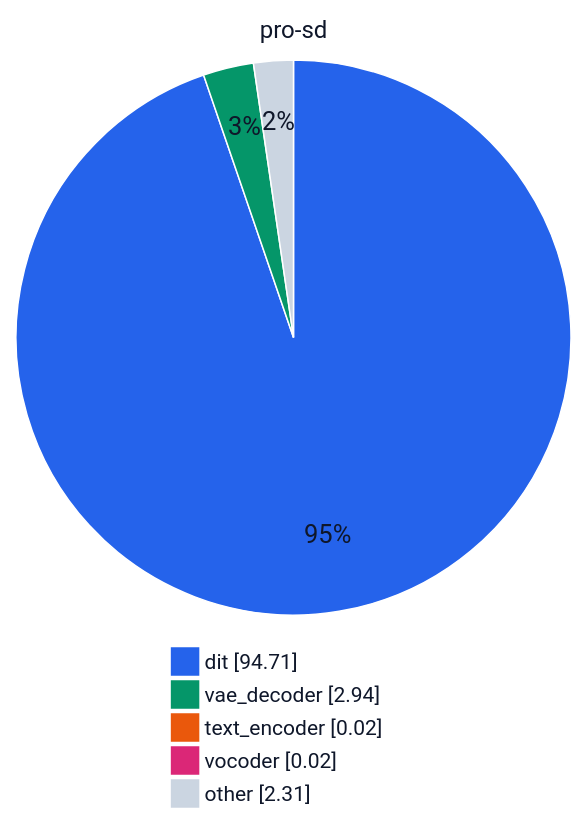
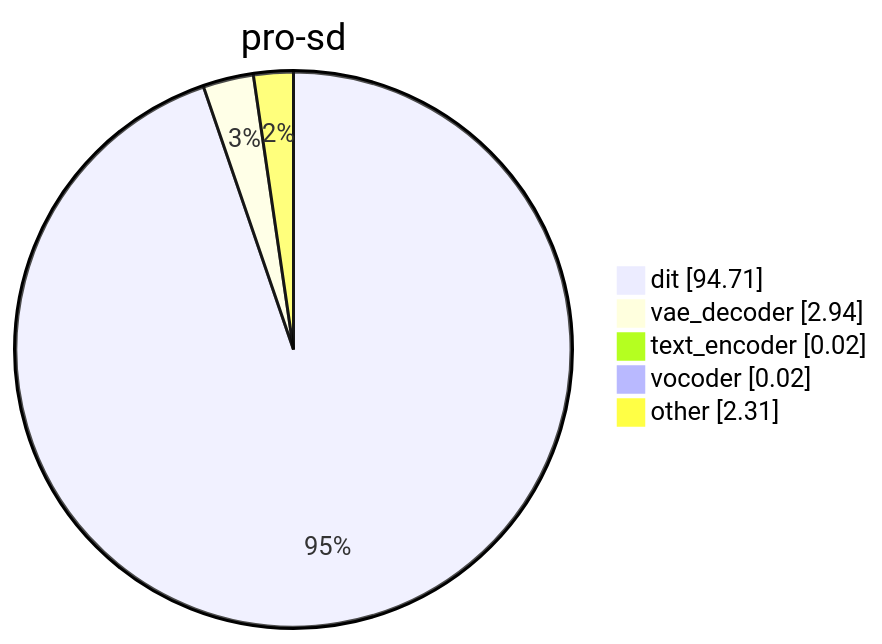
One commit to VilisovEvgeny/kandinsky-6 changed the seventh of 8 diagrams in docs/performance/h100.md. Above: the diagram before and after it, drawn with Mermaid. The commit also changed other lines of this file and 3 other files, not shown here.

````diff
--- a/docs/performance/h100.md
+++ b/docs/performance/h100.md
@@ -231,30 +84,9 @@
 ```mermaid
----
-config:
-  theme: base
-  pie:
-    legendPosition: bottom
-  themeVariables:
-    pieOpacity: 1
-    pieStrokeColor: "#ffffff"
-    pieStrokeWidth: "1px"
-    pieOuterStrokeColor: "#ffffff"
-    pieTitleTextSize: "16px"
-    pieTitleTextColor: "#0f172a"
-    pieLegendTextSize: "14px"
-    pieLegendTextColor: "#0f172a"
-    pieSectionTextColor: "#0f172a"
-    pie1: "#2563EB"
-    pie2: "#059669"
-    pie3: "#EA580C"
-    pie4: "#DB2777"
-    pie5: "#CBD5E1"
----
 pie showData
     title pro-sd
     "dit" : 94.71
     "vae_decoder" : 2.94
     "text_encoder" : 0.02
     "vocoder" : 0.02
     "other" : 2.31
 ```
````
